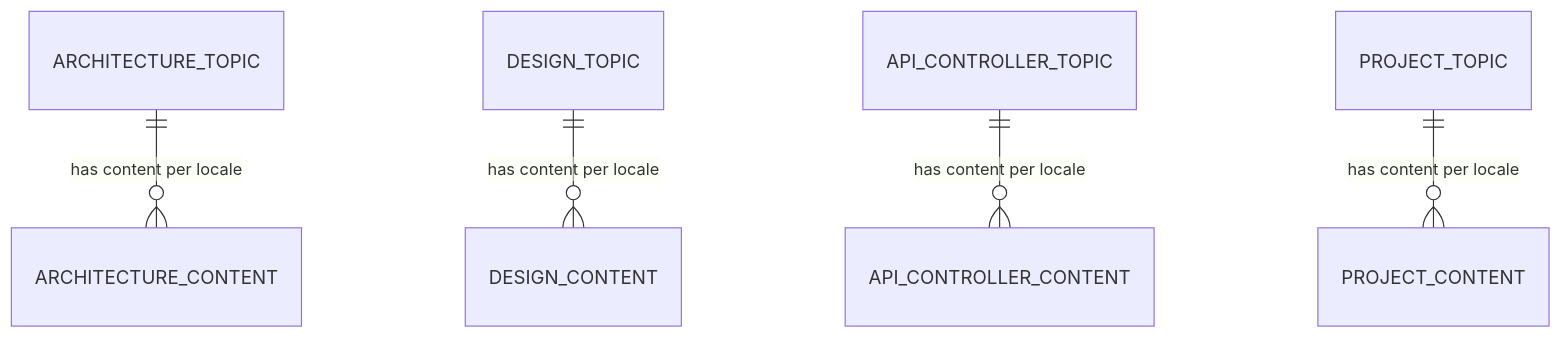
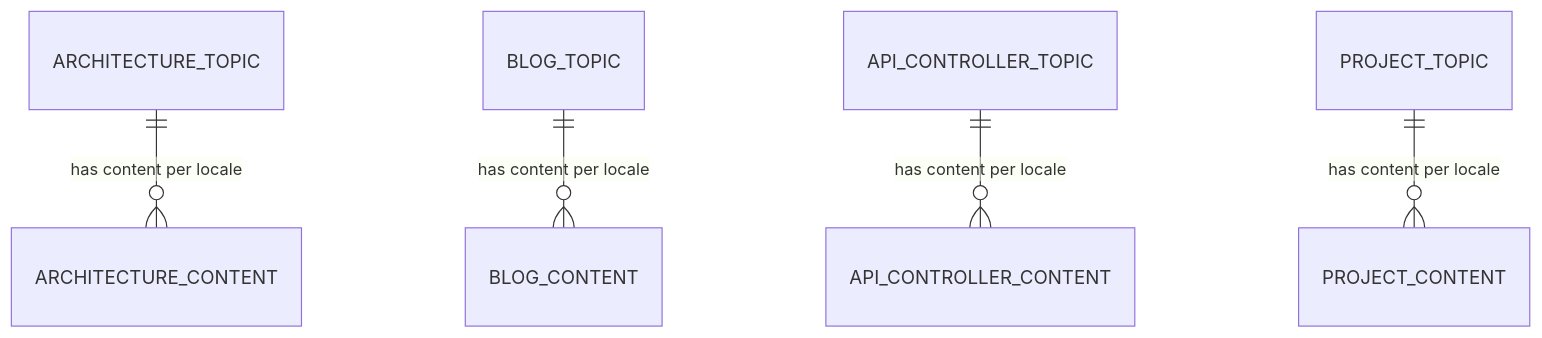
One commit to AndDev741/Beyou-docs-ui changed the fifth of 6 diagrams in architecture/docs-system/en.md. Above: the diagram before and after it, drawn with Mermaid. The commit also changed other lines of this file and 12 other files, not shown here.

Commit message:
feat: rename design to blog, add first blog post (building-auth-system)

````diff
--- a/architecture/docs-system/en.md
+++ b/architecture/docs-system/en.md
@@ -189,7 +189,7 @@
 ```mermaid
 erDiagram
   ARCHITECTURE_TOPIC ||--o{ ARCHITECTURE_CONTENT : "has content per locale"
-  DESIGN_TOPIC ||--o{ DESIGN_CONTENT : "has content per locale"
+  BLOG_TOPIC ||--o{ BLOG_CONTENT : "has content per locale"
   API_CONTROLLER_TOPIC ||--o{ API_CONTROLLER_CONTENT : "has content per locale"
   PROJECT_TOPIC ||--o{ PROJECT_CONTENT : "has content per locale"
 ```
````
